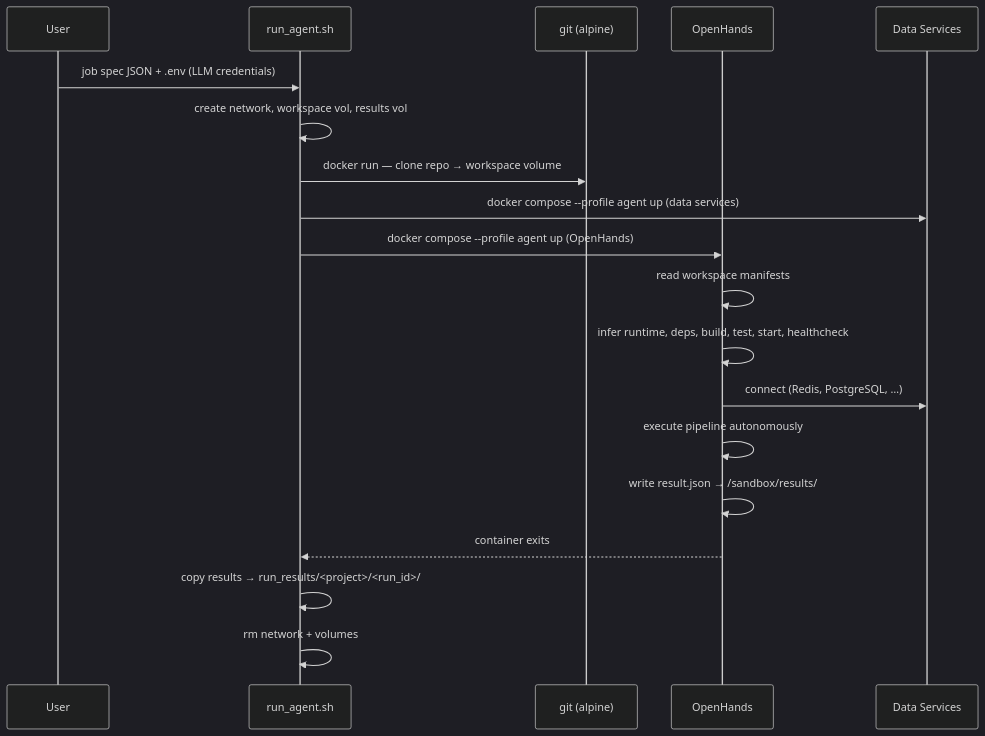
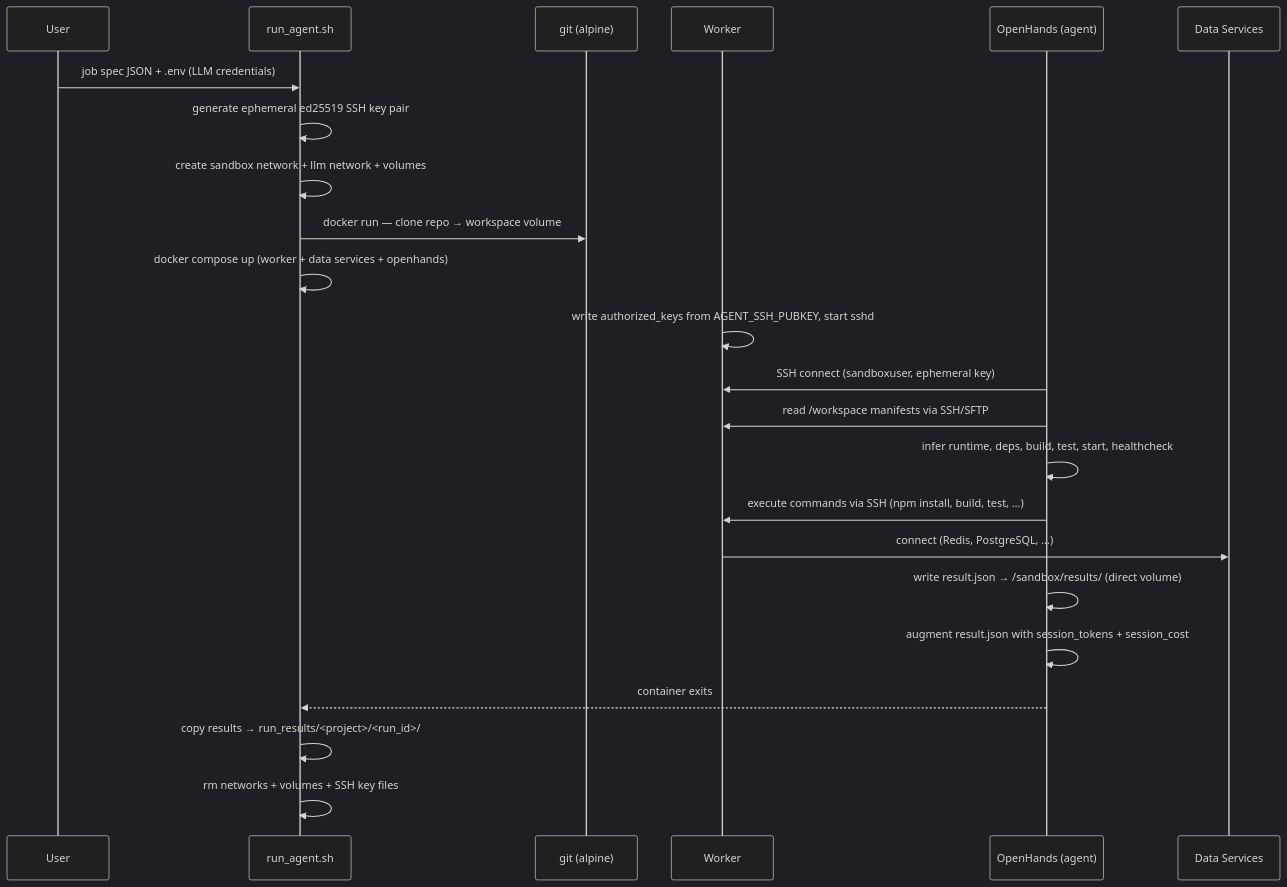
Before and after one commit to maxim-grin/agent-sandbox: the first of 2 diagrams in ARCHITECTURE.md, drawn with Mermaid (dark theme). The commit also changed other lines of this file and 2 other files, not shown here.

Commit message:
update docs with a new architecture

````diff
--- a/ARCHITECTURE.md
+++ b/ARCHITECTURE.md
@@ -11,22 +11,26 @@
 ```mermaid
 sequenceDiagram
     participant U as User
     participant R as run_agent.sh
     participant G as git (alpine)
-    participant O as OpenHands
+    participant W as Worker
+    participant O as OpenHands (agent)
     participant DS as Data Services
 
     U->>R: job spec JSON + .env (LLM credentials)
-    R->>R: create network, workspace vol, results vol
+    R->>R: generate ephemeral ed25519 SSH key pair
+    R->>R: create sandbox network + llm network + volumes
     R->>G: docker run — clone repo → workspace volume
-    R->>DS: docker compose --profile agent up (data services)
-    R->>O: docker compose --profile agent up (OpenHands)
-    O->>O: read workspace manifests
+    R->>R: docker compose up (worker + data services + openhands)
+    W->>W: write authorized_keys from AGENT_SSH_PUBKEY, start sshd
+    O->>W: SSH connect (sandboxuser, ephemeral key)
+    O->>W: read /workspace manifests via SSH/SFTP
     O->>O: infer runtime, deps, build, test, start, healthcheck
-    O->>DS: connect (Redis, PostgreSQL, …)
-    O->>O: execute pipeline autonomously
-    O->>O: write result.json → /sandbox/results/
+    O->>W: execute commands via SSH (npm install, build, test, …)
+    W->>DS: connect (Redis, PostgreSQL, …)
+    O->>O: write result.json → /sandbox/results/ (direct volume)
+    O->>O: augment result.json with session_tokens + session_cost
     O-->>R: container exits
     R->>R: copy results → run_results/<project>/<run_id>/
-    R->>R: rm network + volumes
+    R->>R: rm networks + volumes + SSH key files
 ```
````
